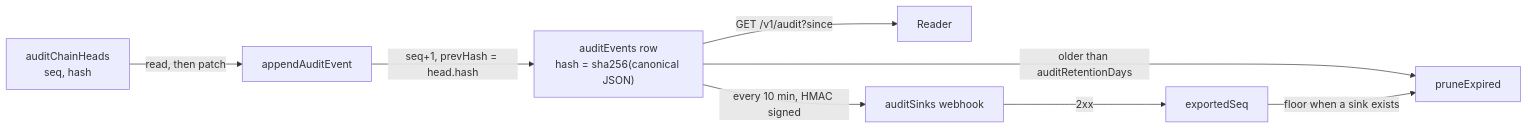
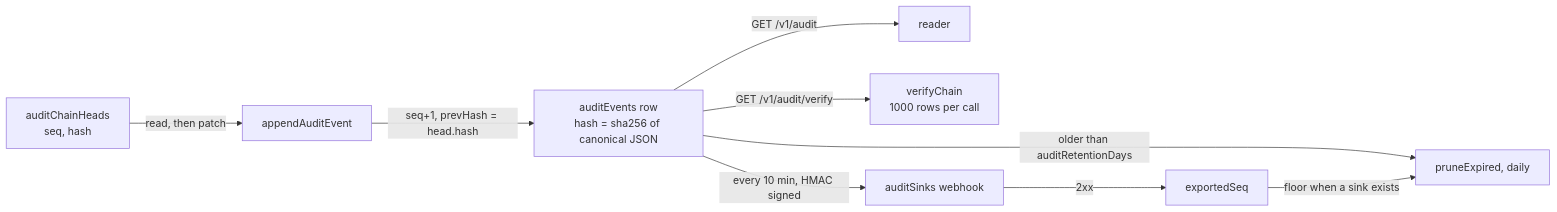
One commit to beeblastco/broods changed the sixth of 8 diagrams in apps/docs/docs/internals/security.md. Above: the diagram before and after it, drawn with Mermaid. The commit also changed other lines of this file and 13 other files, not shown here.

First line of the commit message:
docs(internals): diagram-first rewrite of the remaining internals pages

````diff
--- a/apps/docs/docs/internals/security.md
+++ b/apps/docs/docs/internals/security.md
@@ -157,10 +204,11 @@
 ```mermaid
 flowchart LR
-  Head["auditChainHeads<br/>seq, hash"] -->|read, then patch| Append["appendAuditEvent"]
-  Append -->|seq+1, prevHash = head.hash| Row["auditEvents row<br/>hash = sha256(canonical JSON)"]
-  Row -->|GET /v1/audit?since| Reader
-  Row -->|every 10 min, HMAC signed| Sink["auditSinks webhook"]
+  Head["auditChainHeads<br/>seq, hash"] -->|"read, then patch"| Append["appendAuditEvent"]
+  Append -->|"seq+1, prevHash = head.hash"| Row["auditEvents row<br/>hash = sha256 of canonical JSON"]
+  Row -->|"GET /v1/audit"| Reader["reader"]
+  Row -->|"GET /v1/audit/verify"| Verify["verifyChain<br/>1000 rows per call"]
+  Row -->|"every 10 min, HMAC signed"| Sink["auditSinks webhook"]
   Sink -->|2xx| Watermark["exportedSeq"]
-  Row -->|older than auditRetentionDays| Prune["pruneExpired"]
-  Watermark -->|floor when a sink exists| Prune
+  Row -->|"older than auditRetentionDays"| Prune["pruneExpired, daily"]
+  Watermark -->|"floor when a sink exists"| Prune
 ```
````
